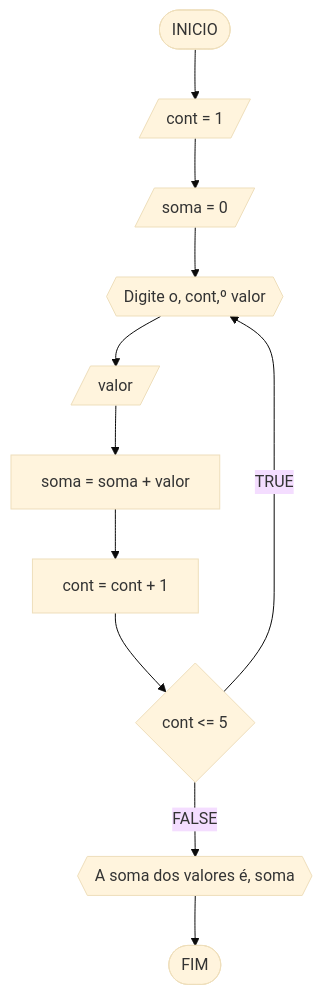
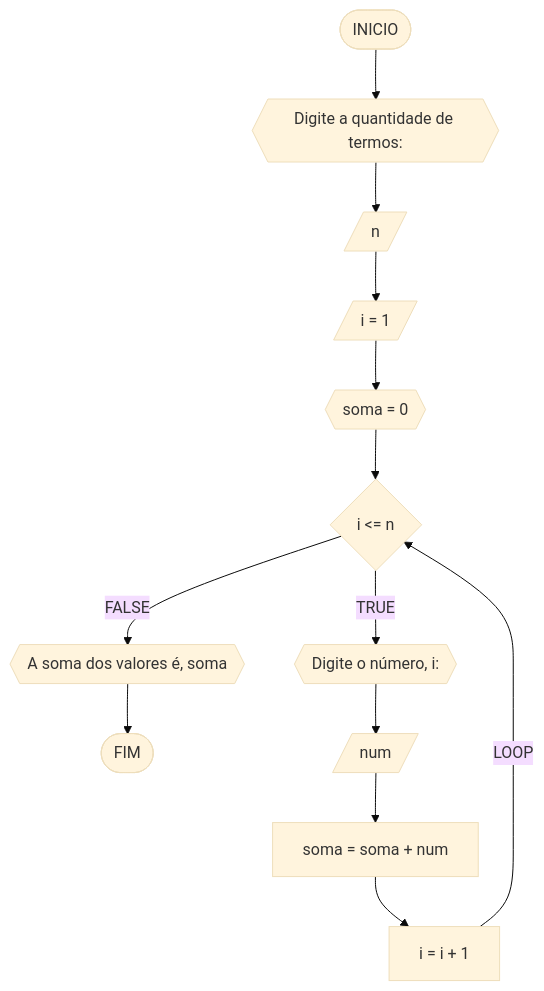
One commit to clara-paterno/unifor changed the fifth of 6 diagrams in RLA/unidade1/lista3.md. Above: the diagram before and after it, drawn with Mermaid (base theme).

Commit message:
Update lista3.md
EXERCÍCIO 3

````diff
--- a/RLA/unidade1/lista3.md
+++ b/RLA/unidade1/lista3.md
@@ -198,13 +198,15 @@
 ```mermaid
 flowchart TB
-F([INICIO]) --> G[/cont = 1/]
-G --> H[/soma = 0/]
-H --> I{{Digite o, cont,º valor}}
-I --> J[/valor/]
-J --> K[soma = soma + valor]
-K --> L[cont = cont + 1]
-L --> M{cont <= 5}
-M --TRUE--> I
-M --FALSE--> N{{A soma dos valores é, soma}}
-N --> O([FIM])
+A([INICIO]) --> B{{Digite a quantidade de termos: }}
+B --> C[/n/]
+C --> D[/i = 1/]
+D --> E{{soma = 0}}
+E --> F{i <= n}
+F --FALSE--> G{{A soma dos valores é, soma}}
+G --> L([FIM])
+F --TRUE--> H{{Digite o número, i:}}
+H --> I[/num/]
+I --> J[soma = soma + num]
+J --> K[i = i + 1]
+K --LOOP--> F 
 ```
````
